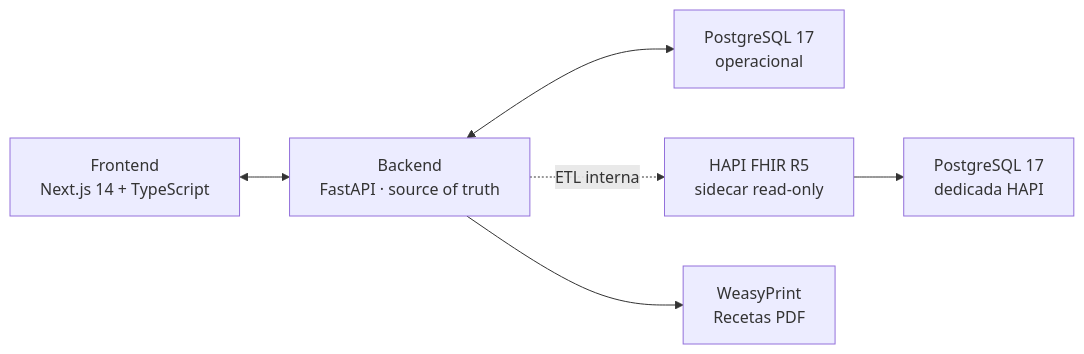
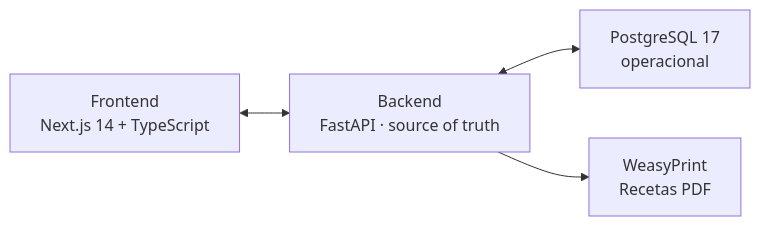
Before and after one commit to AIOjPINEDA/EHR_Local: the diagram in README.md, drawn with Mermaid. The commit also changed other lines of this file and 25 other files, not shown here.

First line of the commit message:
chore: archive unused HAPI FHIR sidecar and historical Supabase/smoke artifacts

````diff
--- a/README.md
+++ b/README.md
@@ -147,15 +114,11 @@
 ```mermaid
 flowchart LR
     FE["Frontend\nNext.js 14 + TypeScript"]
     API["Backend\nFastAPI · source of truth"]
     DB["PostgreSQL 17\noperacional"]
-    HAPI["HAPI FHIR R5\nsidecar read-only"]
-    HDB["PostgreSQL 17\ndedicada HAPI"]
     PDF["WeasyPrint\nRecetas PDF"]
 
     FE <--> API
     API <--> DB
     API --> PDF
-    API -. ETL interna .-> HAPI
-    HAPI --> HDB
 ```
````
